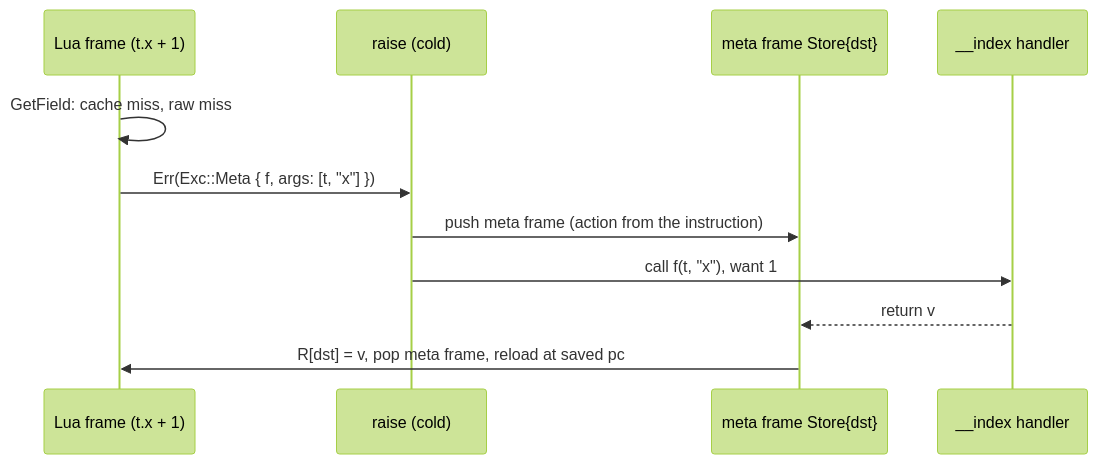
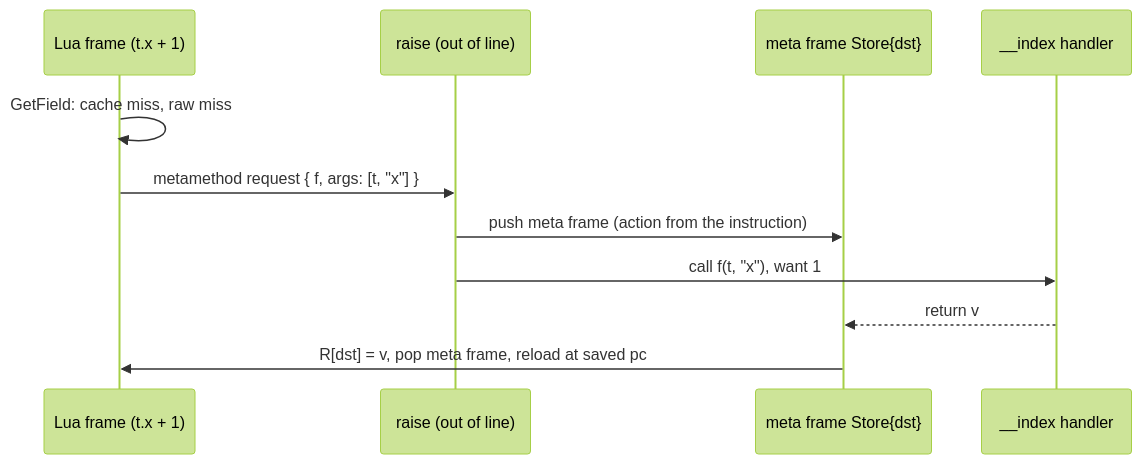
One commit to orbitscript-lang/OrbitScript changed the first of 2 diagrams in docs/design/vm-semantics.md. Above: the diagram before and after it, drawn with Mermaid (forest theme). The commit also changed other lines of this file and 61 other files, not shown here.

````diff
--- a/docs/design/vm-semantics.md
+++ b/docs/design/vm-semantics.md
@@ -106,13 +93,13 @@
 ```mermaid
 sequenceDiagram
     participant L as Lua frame (t.x + 1)
-    participant R as raise (cold)
+    participant R as raise (out of line)
     participant M as meta frame Store{dst}
     participant H as __index handler
     L->>L: GetField: cache miss, raw miss
-    L->>R: Err(Exc::Meta { f, args: [t, "x"] })
+    L->>R: metamethod request { f, args: [t, "x"] }
     R->>M: push meta frame (action from the instruction)
     R->>H: call f(t, "x"), want 1
     H-->>M: return v
     M->>L: R[dst] = v, pop meta frame, reload at saved pc
 ```
````
